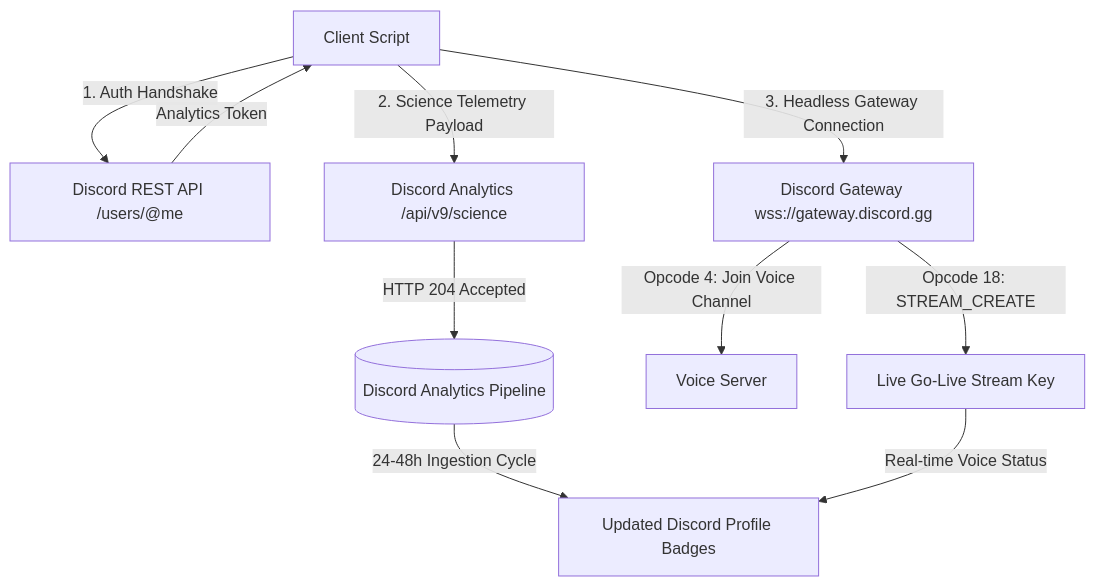
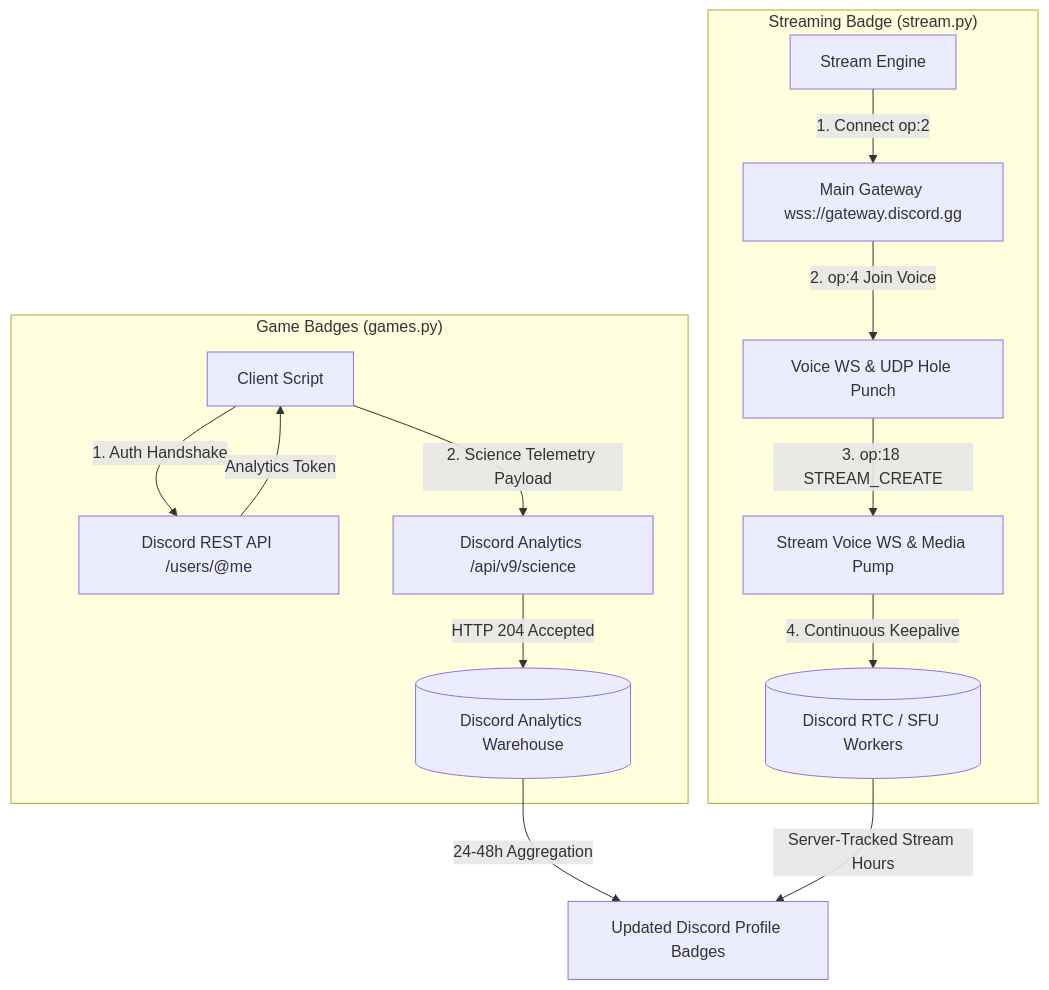
One commit to sonujana26/discord-badge-maximizer changed the diagram in README.md. Above: the diagram before and after it, drawn with Mermaid. The commit also changed other lines of this file, not shown here.

````diff
--- a/README.md
+++ b/README.md
@@ -221,12 +235,19 @@
 ```mermaid
 flowchart TD
-    A[Client Script] -->|1. Auth Handshake| B[Discord REST API /users/@me]
-    B -->|Analytics Token| A
-    A -->|2. Science Telemetry Payload| C[Discord Analytics /api/v9/science]
-    C -->|HTTP 204 Accepted| D[(Discord Analytics Pipeline)]
-    A -->|3. Headless Gateway Connection| E[Discord Gateway wss://gateway.discord.gg]
-    E -->|Opcode 4: Join Voice Channel| F[Voice Server]
-    E -->|Opcode 18: STREAM_CREATE| G[Live Go-Live Stream Key]
-    D -->|24-48h Ingestion Cycle| H[Updated Discord Profile Badges]
-    G -->|Real-time Voice Status| H
+    subgraph Games ["Game Badges (games.py)"]
+        A1[Client Script] -->|1. Auth Handshake| B1[Discord REST API /users/@me]
+        B1 -->|Analytics Token| A1
+        A1 -->|2. Science Telemetry Payload| C1[Discord Analytics /api/v9/science]
+        C1 -->|HTTP 204 Accepted| D1[(Discord Analytics Warehouse)]
+    end
+
+    subgraph Streaming ["Streaming Badge (stream.py)"]
+        A2[Stream Engine] -->|1. Connect op:2| B2[Main Gateway wss://gateway.discord.gg]
+        B2 -->|2. op:4 Join Voice| C2[Voice WS & UDP Hole Punch]
+        C2 -->|3. op:18 STREAM_CREATE| D2[Stream Voice WS & Media Pump]
+        D2 -->|4. Continuous Keepalive| E2[(Discord RTC / SFU Workers)]
+    end
+
+    D1 -->|24-48h Aggregation| F[Updated Discord Profile Badges]
+    E2 -->|Server-Tracked Stream Hours| F
 ```
````
